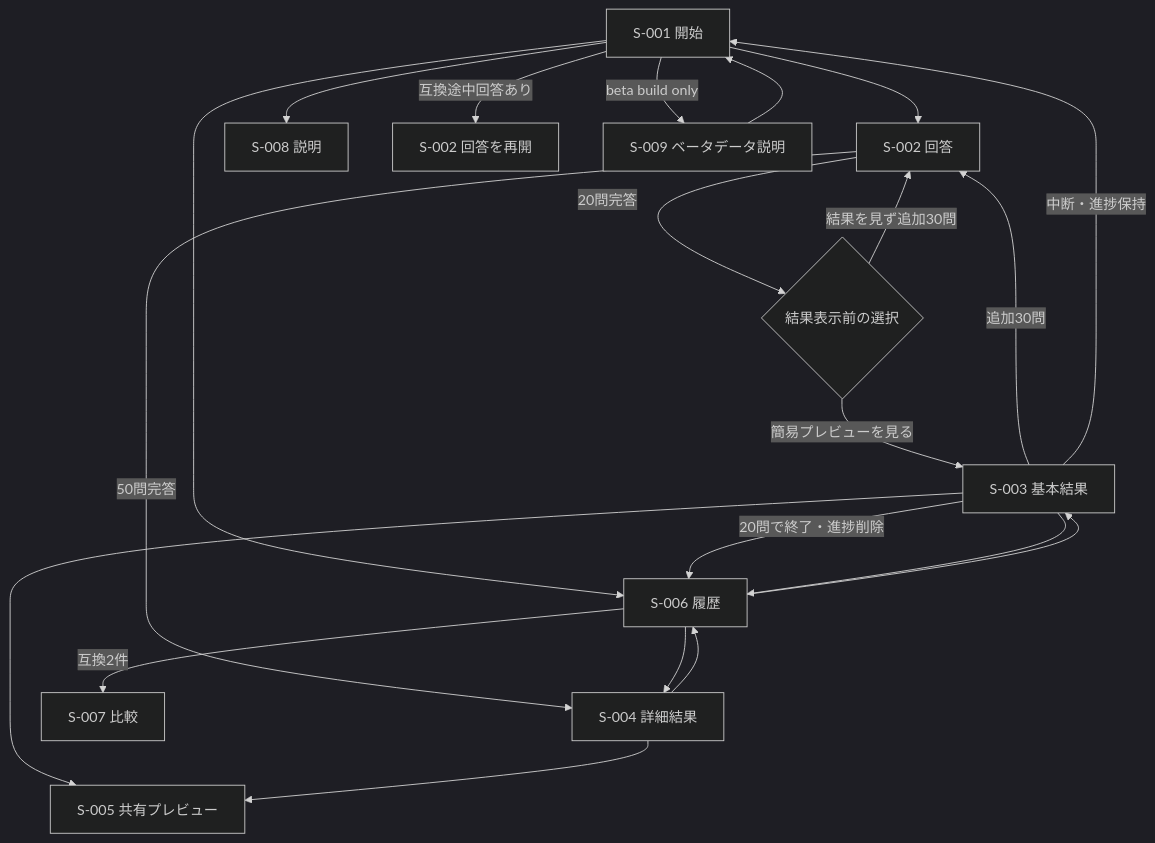
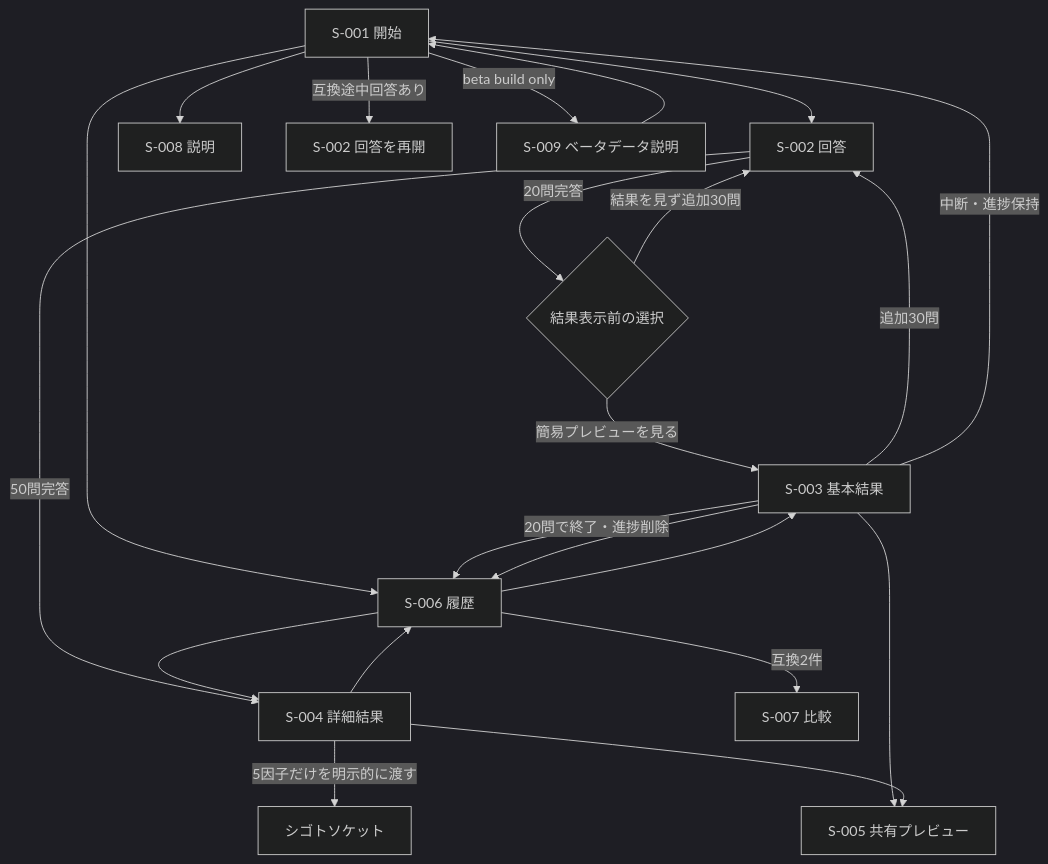
Before and after one commit to gerupon-lgtm/big-five: the diagram in docs/screens.md, drawn with Mermaid (dark theme). The commit also changed other lines of this file and 17 other files, not shown here.

````diff
--- a/docs/screens.md
+++ b/docs/screens.md
@@ -41,23 +41,24 @@
 ```mermaid
 flowchart TD
     Start["S-001 開始"] --> Answer["S-002 回答"]
     Start --> History["S-006 履歴"]
     Start --> About["S-008 説明"]
     Start -->|互換途中回答あり| Resume["S-002 回答を再開"]
     Answer -->|20問完答| Choice{"結果表示前の選択"}
     Choice -->|簡易プレビューを見る| Preview["S-003 基本結果"]
     Choice -->|結果を見ず追加30問| Answer
     Preview -->|追加30問| Answer
     Preview -->|中断・進捗保持| Start
     Preview -->|20問で終了・進捗削除| History
     Answer -->|50問完答| Detail["S-004 詳細結果"]
+    Detail -->|5因子だけを明示的に渡す| Sigotosocket["シゴトソケット"]
     Preview --> Share["S-005 共有プレビュー"]
     Detail --> Share
     History --> Preview
     History --> Detail
     History -->|互換2件| Compare["S-007 比較"]
     Preview --> History
     Detail --> History
     Start -->|beta build only| Beta["S-009 ベータデータ説明"]
     Beta --> Start
 ```
````
